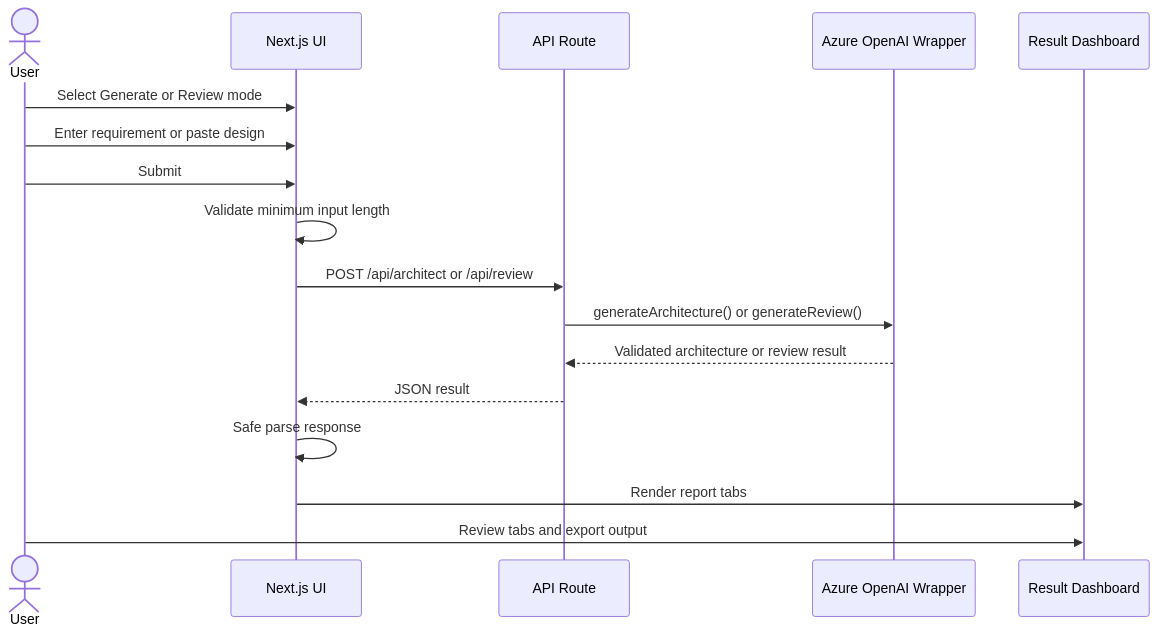
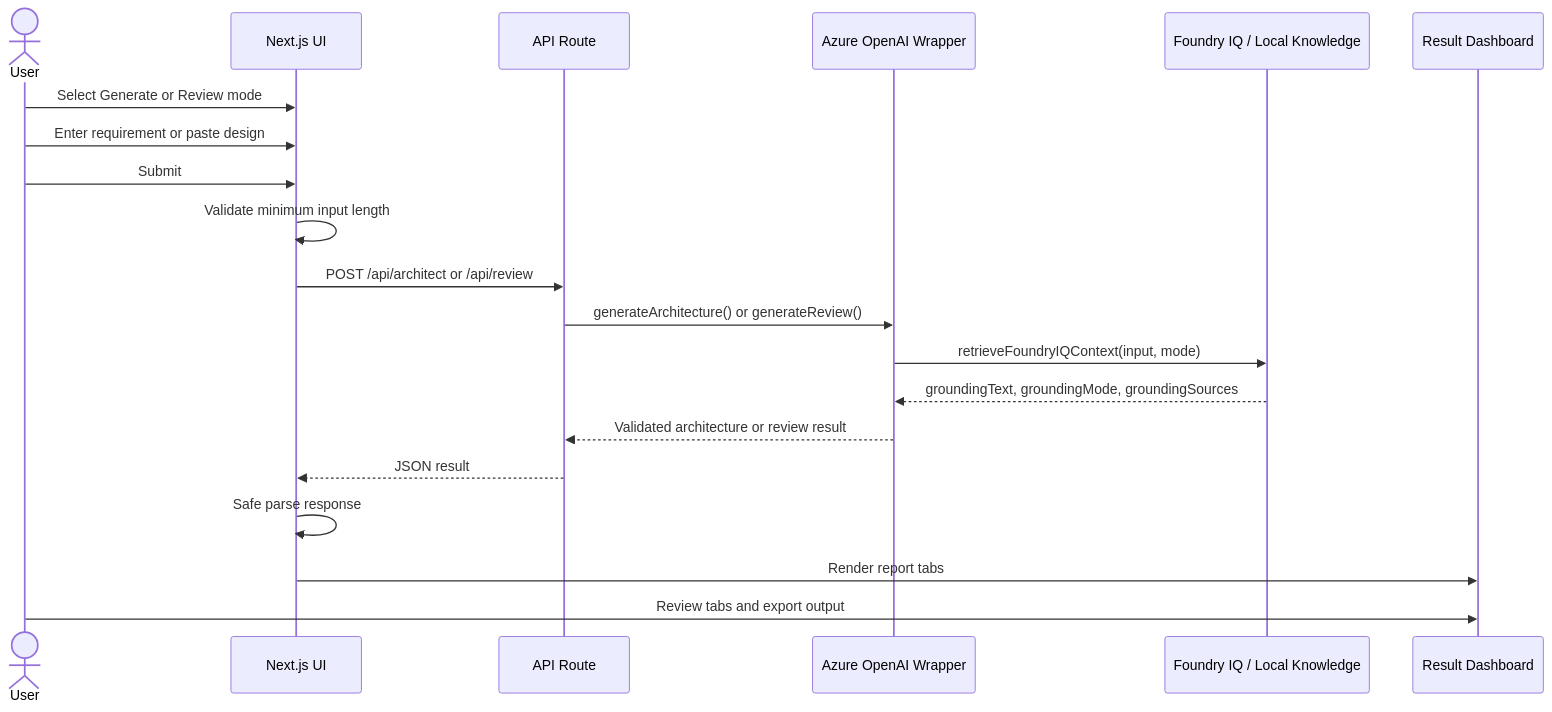
One commit to beretests/Power-Platform-Solution-Architect-Agent changed the second of 9 diagrams in docs/architecture.md. Above: the diagram before and after it, drawn with Mermaid. The commit also changed other lines of this file and 24 other files, not shown here.

Commit message:
Implement Foundry IQ grounding

````diff
--- a/docs/architecture.md
+++ b/docs/architecture.md
@@ -54,20 +64,23 @@
 ```mermaid
 sequenceDiagram
     actor User
     participant UI as Next.js UI
     participant API as API Route
     participant AI as Azure OpenAI Wrapper
+    participant IQ as Foundry IQ / Local Knowledge
     participant Dashboard as Result Dashboard
 
     User->>UI: Select Generate or Review mode
     User->>UI: Enter requirement or paste design
     User->>UI: Submit
     UI->>UI: Validate minimum input length
     UI->>API: POST /api/architect or /api/review
     API->>AI: generateArchitecture() or generateReview()
+    AI->>IQ: retrieveFoundryIQContext(input, mode)
+    IQ-->>AI: groundingText, groundingMode, groundingSources
     AI-->>API: Validated architecture or review result
     API-->>UI: JSON result
     UI->>UI: Safe parse response
     UI->>Dashboard: Render report tabs
     User->>Dashboard: Review tabs and export output
 ```
````
